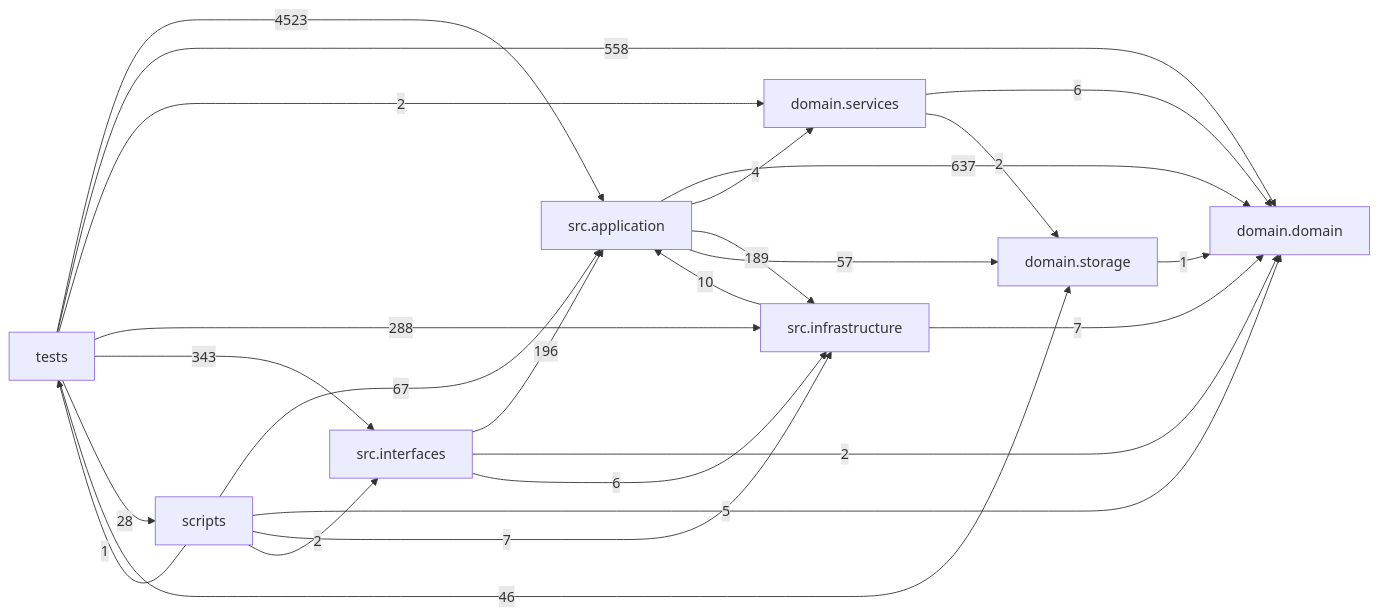
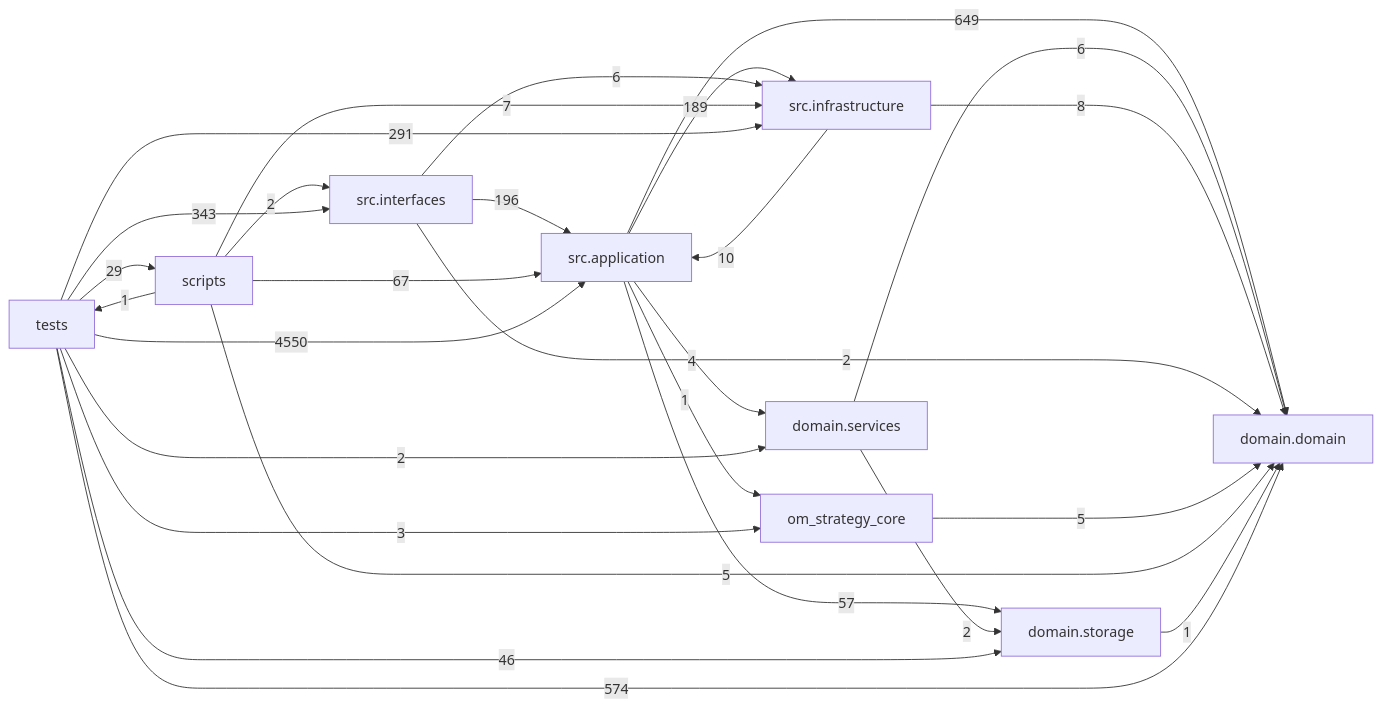
Before and after one commit to liuxie066/options-monitor: the diagram in docs/DEPENDENCY_GRAPH.md, drawn with Mermaid. The commit also changed other lines of this file and 24 other files, not shown here.

````diff
--- a/docs/DEPENDENCY_GRAPH.md
+++ b/docs/DEPENDENCY_GRAPH.md
@@ -24,35 +24,38 @@
 ```mermaid
 flowchart LR
   tests["tests"]
   scripts["scripts"]
   interfaces["src.interfaces"]
   application["src.application"]
   infrastructure["src.infrastructure"]
   domain_services["domain.services"]
   domain["domain.domain"]
   storage["domain.storage"]
-  application -->|637| domain
+  application -->|649| domain
   application -->|4| domain_services
   application -->|189| infrastructure
+  application -->|1| om_strategy_core
   application -->|57| storage
   domain_services -->|6| domain
   domain_services -->|2| storage
   infrastructure -->|10| application
-  infrastructure -->|7| domain
+  infrastructure -->|8| domain
   interfaces -->|196| application
   interfaces -->|2| domain
   interfaces -->|6| infrastructure
+  om_strategy_core -->|5| domain
   scripts -->|67| application
   scripts -->|5| domain
   scripts -->|7| infrastructure
   scripts -->|2| interfaces
   scripts -->|1| tests
   storage -->|1| domain
-  tests -->|4523| application
-  tests -->|558| domain
+  tests -->|4550| application
+  tests -->|574| domain
   tests -->|2| domain_services
-  tests -->|288| infrastructure
+  tests -->|291| infrastructure
   tests -->|343| interfaces
-  tests -->|28| scripts
+  tests -->|3| om_strategy_core
+  tests -->|29| scripts
   tests -->|46| storage
 ```
````
